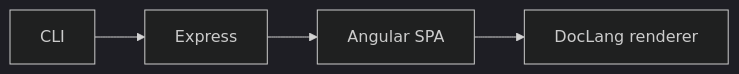
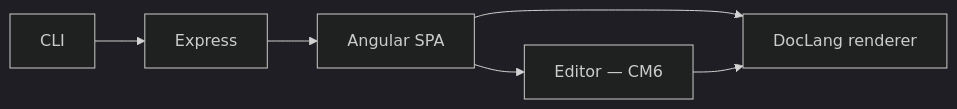
One commit to MorizMensi/grove changed the first of 2 diagrams in docs/how-it-works.md. Above: the diagram before and after it, drawn with Mermaid (dark theme). The commit also changed other lines of this file and 23 other files, not shown here.

````diff
--- a/docs/how-it-works.md
+++ b/docs/how-it-works.md
@@ -9,6 +9,8 @@
 ```mermaid
 flowchart LR
   CLI[CLI] --> EXP[Express]
   EXP --> SPA[Angular SPA]
   SPA --> DL[DocLang renderer]
+  SPA --> ED[Editor — CM6]
+  ED --> DL
 ```
````
